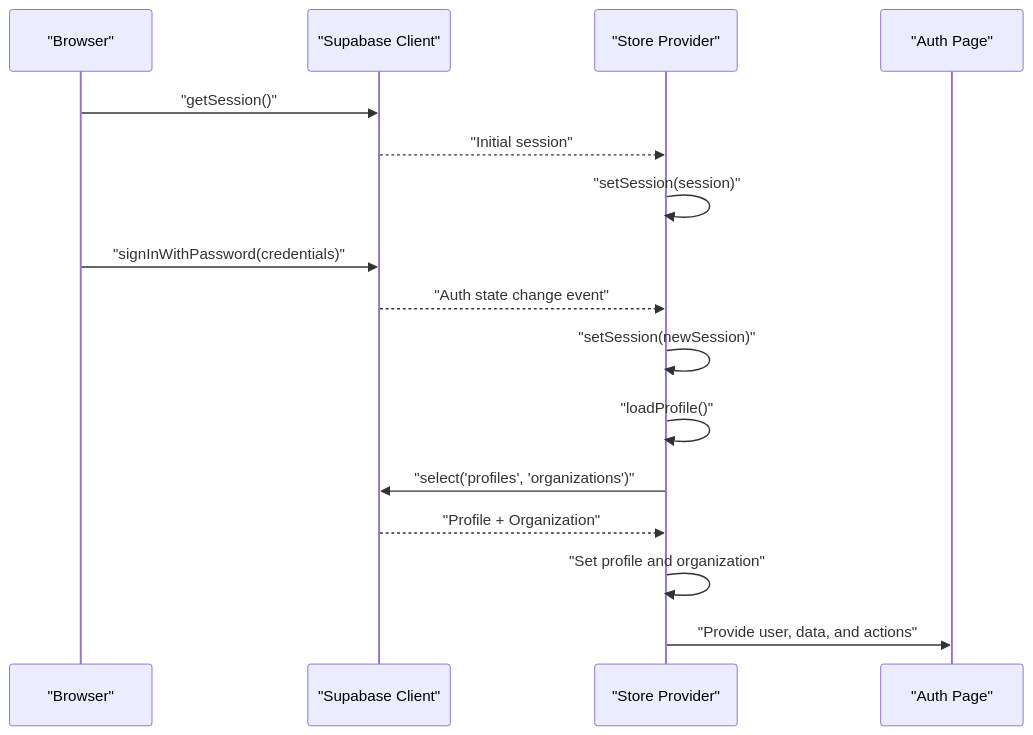
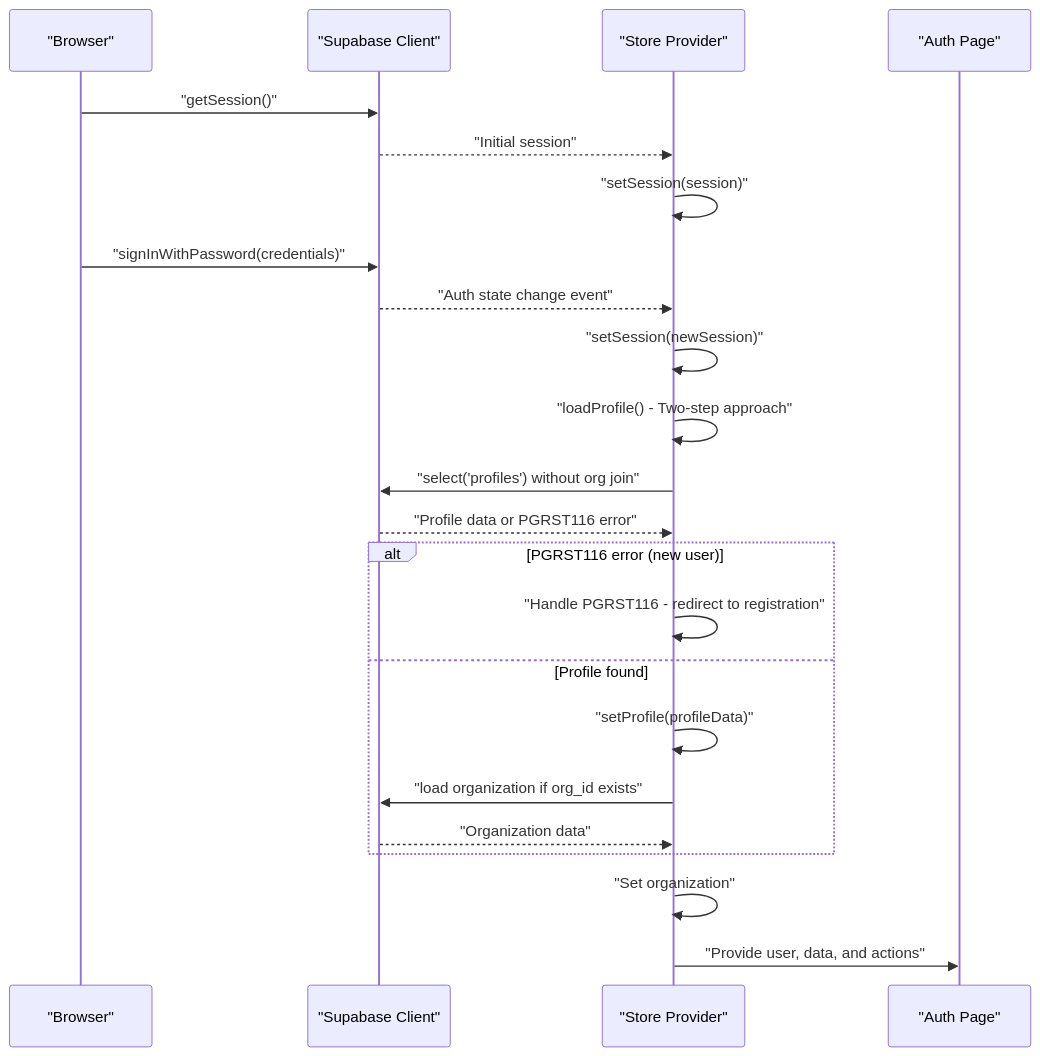
One commit to netdaniel/serveflow changed the second of 10 diagrams in .qoder/repowiki/en/content/State Management System/Authentication State Management.md. Above: the diagram before and after it, drawn with Mermaid. The commit also changed other lines of this file and 12 other files, not shown here.

````diff
--- a/.qoder/repowiki/en/content/State Management System/Authentication State Management.md
+++ b/.qoder/repowiki/en/content/State Management System/Authentication State Management.md
@@ -122,18 +134,25 @@
 ```mermaid
 sequenceDiagram
 participant Browser as "Browser"
 participant Supa as "Supabase Client"
 participant Store as "Store Provider"
 participant Page as "Auth Page"
 Browser->>Supa : "getSession()"
 Supa-->>Store : "Initial session"
 Store->>Store : "setSession(session)"
 Browser->>Supa : "signInWithPassword(credentials)"
 Supa-->>Store : "Auth state change event"
 Store->>Store : "setSession(newSession)"
-Store->>Store : "loadProfile()"
-Store->>Supa : "select('profiles', 'organizations')"
-Supa-->>Store : "Profile + Organization"
-Store->>Store : "Set profile and organization"
+Store->>Store : "loadProfile() - Two-step approach"
+Store->>Supa : "select('profiles') without org join"
+Supa-->>Store : "Profile data or PGRST116 error"
+alt PGRST116 error (new user)
+Store->>Store : "Handle PGRST116 - redirect to registration"
+else Profile found
+Store->>Store : "setProfile(profileData)"
+Store->>Supa : "load organization if org_id exists"
+Supa-->>Store : "Organization data"
+end
+Store->>Store : "Set organization"
 Store->>Page : "Provide user, data, and actions"
 ```
````
